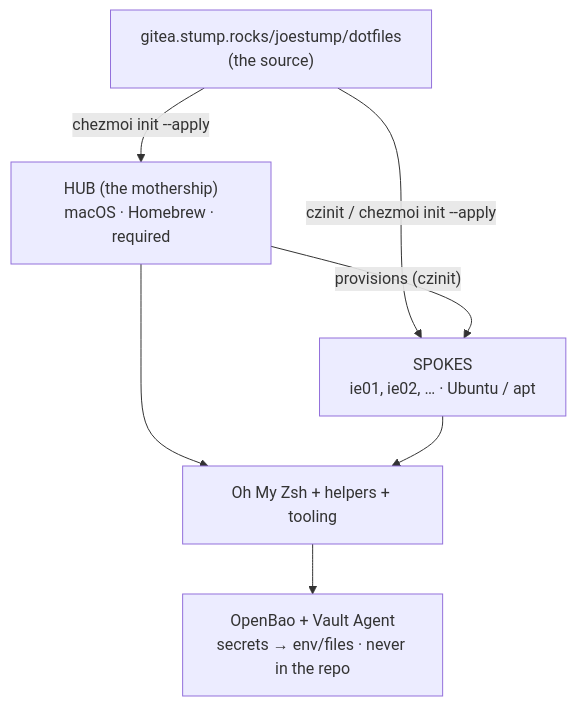
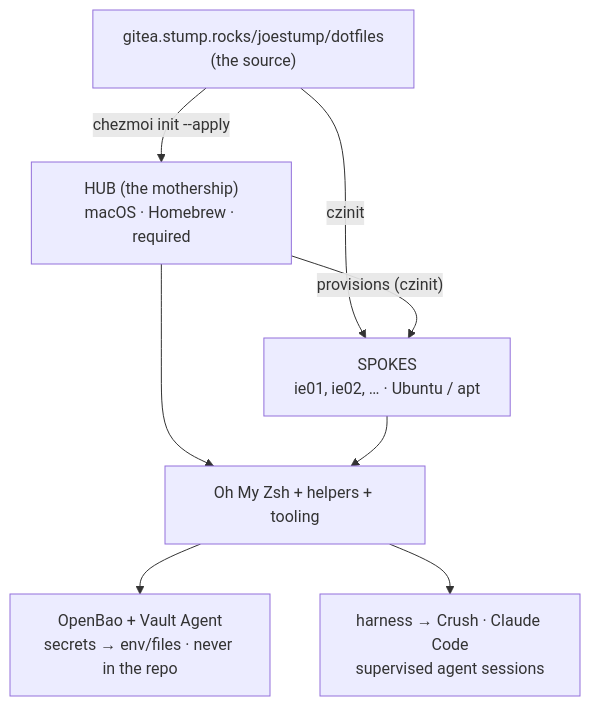
The diagram in website/docs/overview.md (joestump/dotfiles), drawn with Mermaid before and after one commit. The commit also changed other lines of this file and 22 other files, not shown here.

````diff
--- a/website/docs/overview.md
+++ b/website/docs/overview.md
@@ -19,10 +19,11 @@
 ```mermaid
 flowchart TD
     src["gitea.stump.rocks/joestump/dotfiles<br/>(the source)"]
     src -->|"chezmoi init --apply"| mother["HUB (the mothership)<br/>macOS · Homebrew · required"]
-    src -->|"czinit / chezmoi init --apply"| nodes["SPOKES<br/>ie01, ie02, … · Ubuntu / apt"]
+    src -->|"czinit"| nodes["SPOKES<br/>ie01, ie02, … · Ubuntu / apt"]
     mother -->|"provisions (czinit)"| nodes
     mother --> omz["Oh My Zsh + helpers + tooling"]
     nodes --> omz
     omz --> bao["OpenBao + Vault Agent<br/>secrets → env/files · never in the repo"]
+    omz --> agents["harness → Crush · Claude Code<br/>supervised agent sessions"]
 ```
````
